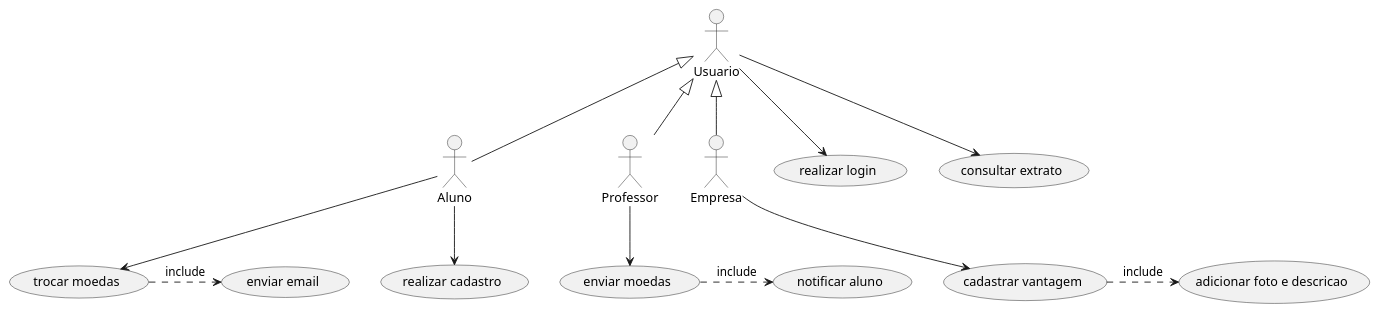
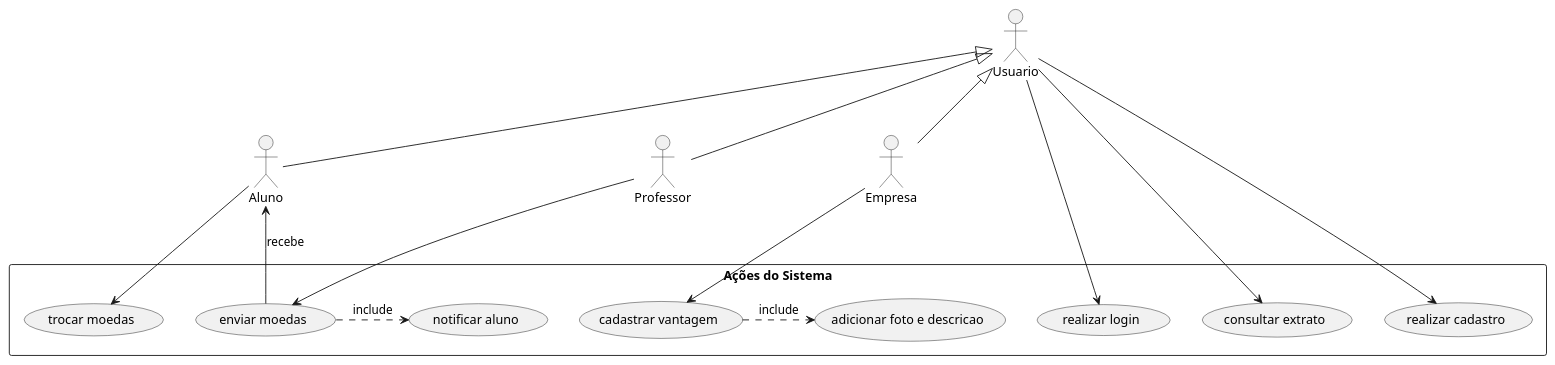
Before and after one commit to pedrolucas444/LabDeSofware3: the diagram in projeto/usecase-diagram.wsd, drawn with PlantUML. The commit also changed 1 other file, not shown here.

Commit message:
correcao usecase-diagram

```diff
--- a/projeto/usecase-diagram.wsd
+++ b/projeto/usecase-diagram.wsd
@@ -1,27 +1,36 @@
 @startuml
 
 :Usuario:
 :Aluno:
 :Professor:
 :Empresa: 
 
 Usuario <|-- Aluno
 Usuario <|-- Professor
 Usuario <|-- Empresa
 
+rectangle "Ações do Sistema" {
+  (realizar login)
+  (consultar extrato)
+  (realizar cadastro)
+  (trocar moedas)
+  (enviar moedas)
+  (cadastrar vantagem)
+  (notificar aluno)
+  (adicionar foto e descricao)
+}
+
 Usuario --> (realizar login)
 Usuario --> (consultar extrato)
+Usuario --> (realizar cadastro)
 
-Aluno --> (realizar cadastro)
 Aluno --> (trocar moedas)
 
 Professor --> (enviar moedas)
+(enviar moedas) --> :Aluno: : recebe
+(enviar moedas) .> (notificar aluno) : include
 
 Empresa --> (cadastrar vantagem)
-
-(trocar moedas) .> (enviar email) : include
-(enviar moedas) .> (notificar aluno) : include
 (cadastrar vantagem) .> (adicionar foto e descricao) : include
 
-
 @enduml
```
